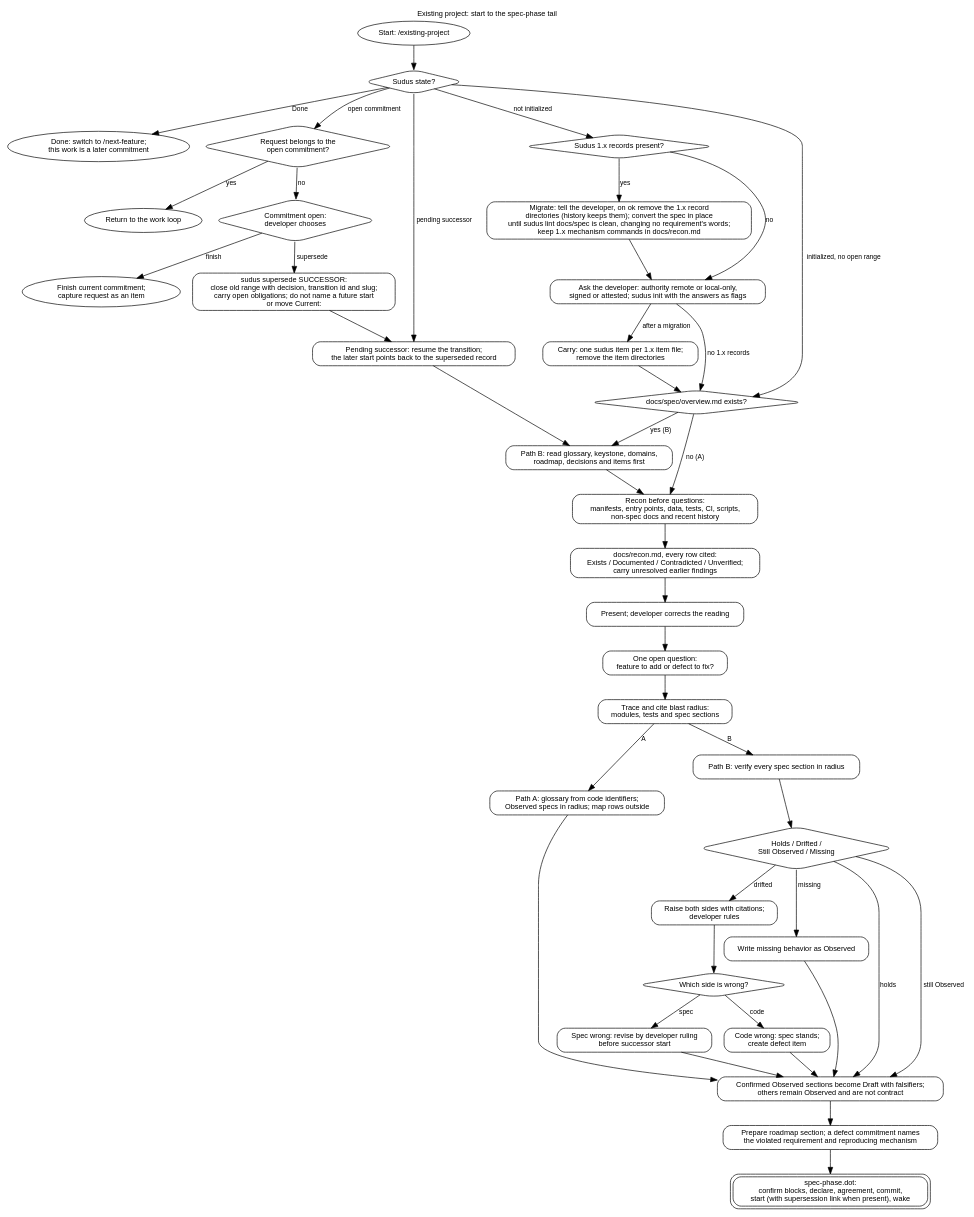
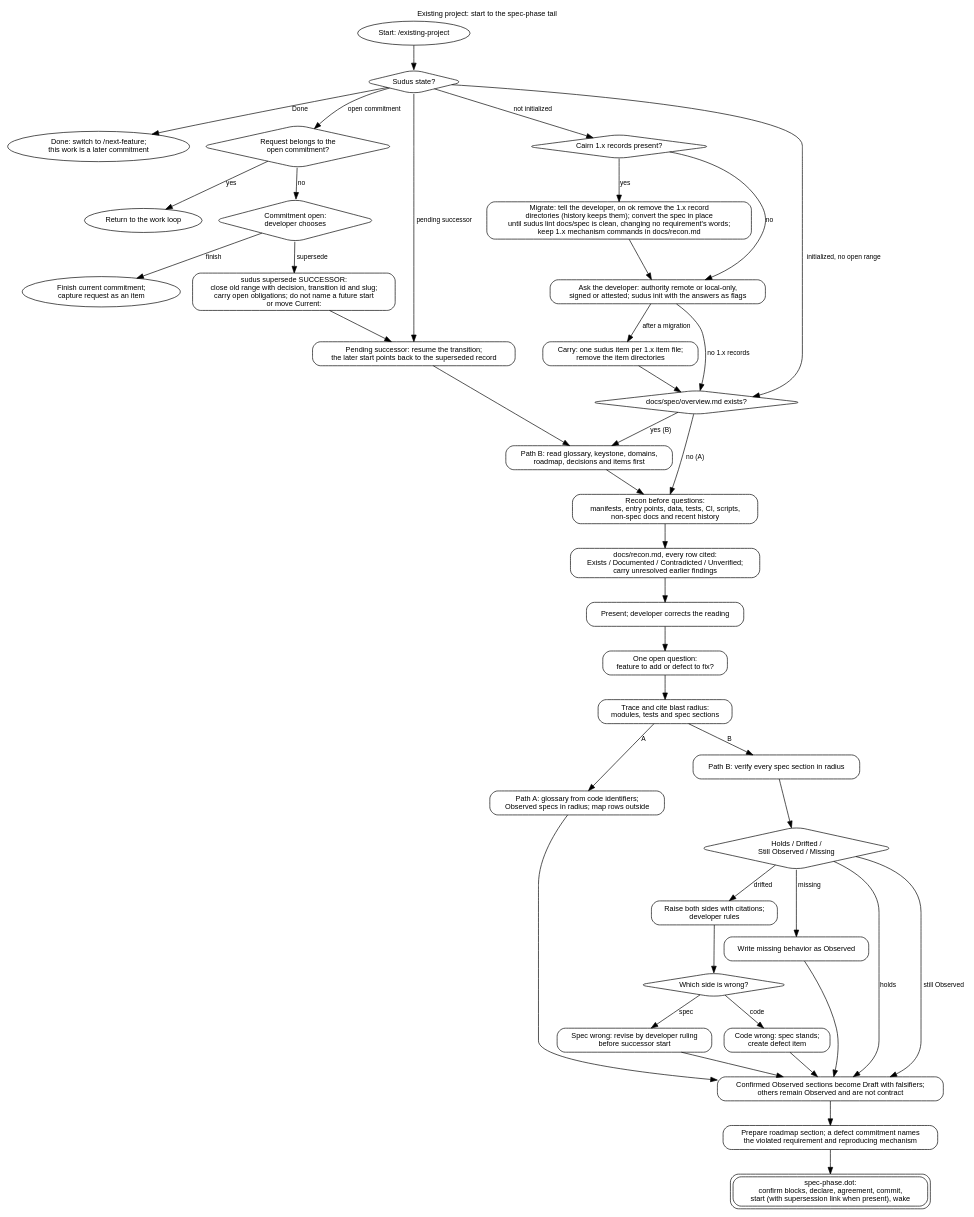
One commit to eas4ai/cairn changed the diagram in docs/diagrams/existing-project.dot. Above: the diagram before and after it, drawn with Graphviz. The commit also changed 23 other files, not shown here.

```diff
--- a/docs/diagrams/existing-project.dot
+++ b/docs/diagrams/existing-project.dot
@@ -1,75 +1,75 @@
 // Existing project: initialize or resume, reconcile the spec, then enter the shared tail.
 digraph existing_project {
   rankdir=TB;
   graph [fontname="Helvetica", fontsize=11, labelloc=t, label="Existing project: start to the spec-phase tail"];
   node  [shape=box, style=rounded, fontname="Helvetica", fontsize=11];
   edge  [fontname="Helvetica", fontsize=10];
 
   start [shape=oval, label="Start: /existing-project"];
   state [shape=diamond, label="Sudus state?"];
   tonext [shape=oval, label="Done: switch to /next-feature;\nthis work is a later commitment"];
   fits [shape=diamond, label="Request belongs to the\nopen commitment?"];
   continue [shape=oval, label="Return to the work loop"];
   midway [shape=diamond, label="Commitment open:\ndeveloper chooses"];
   finish [shape=oval, label="Finish current commitment;\ncapture request as an item"];
   supersede [label="sudus supersede SUCCESSOR:\nclose old range with decision, transition id and slug;\ncarry open obligations; do not name a future start\nor move Current:"];
   pending [label="Pending successor: resume the transition;\nthe later start points back to the superseded record"];
-  legacy [shape=diamond, label="Sudus 1.x records present?"];
+  legacy [shape=diamond, label="Cairn 1.x records present?"];
   migrate [label="Migrate: tell the developer, on ok remove the 1.x record\ndirectories (history keeps them); convert the spec in place\nuntil sudus lint docs/spec is clean, changing no requirement's words;\nkeep 1.x mechanism commands in docs/recon.md"];
   init [label="Ask the developer: authority remote or local-only,\nsigned or attested; sudus init with the answers as flags"];
   carry [label="Carry: one sudus item per 1.x item file;\nremove the item directories"];
   hasspec [shape=diamond, label="docs/spec/overview.md exists?"];
   readspec [label="Path B: read glossary, keystone, domains,\nroadmap, decisions and items first"];
   recon [label="Recon before questions:\nmanifests, entry points, data, tests, CI, scripts,\nnon-spec docs and recent history"];
   report [label="docs/recon.md, every row cited:\nExists / Documented / Contradicted / Unverified;\ncarry unresolved earlier findings"];
   corrects [label="Present; developer corrects the reading"];
   ask [label="One open question:\nfeature to add or defect to fix?"];
   radius [label="Trace and cite blast radius:\nmodules, tests and spec sections"];
   pathA [label="Path A: glossary from code identifiers;\nObserved specs in radius; map rows outside"];
   pathB [label="Path B: verify every spec section in radius"];
   verdict [shape=diamond, label="Holds / Drifted /\nStill Observed / Missing"];
   drift [label="Raise both sides with citations;\ndeveloper rules"];
   rule [shape=diamond, label="Which side is wrong?"];
   specwrong [label="Spec wrong: revise by developer ruling\nbefore successor start"];
   codewrong [label="Code wrong: spec stands;\ncreate defect item"];
   missing [label="Write missing behavior as Observed"];
   confirm [label="Confirmed Observed sections become Draft with falsifiers;\nothers remain Observed and are not contract"];
   roadmap [label="Prepare roadmap section; a defect commitment names\nthe violated requirement and reproducing mechanism"];
   tail [shape=box, peripheries=2, label="spec-phase.dot:\nconfirm blocks, declare, agreement, commit,\nstart (with supersession link when present), wake"];
 
   start -> state;
   state -> tonext [label="Done"];
   state -> fits [label="open commitment"];
   state -> pending [label="pending successor"];
   state -> legacy [label="not initialized"];
   legacy -> migrate [label="yes"];
   legacy -> init [label="no"];
   migrate -> init;
   init -> carry [label="after a migration"];
   carry -> hasspec;
   state -> hasspec [label="initialized, no open range"];
   fits -> continue [label="yes"];
   fits -> midway [label="no"];
   midway -> finish [label="finish"];
   midway -> supersede [label="supersede"];
   supersede -> pending;
   pending -> readspec;
   init -> hasspec [label="no 1.x records"];
   hasspec -> readspec [label="yes (B)"];
   hasspec -> recon [label="no (A)"];
   readspec -> recon;
   recon -> report -> corrects -> ask -> radius;
   radius -> pathA [label="A"];
   radius -> pathB [label="B"];
   pathB -> verdict;
   verdict -> confirm [label="holds"];
   verdict -> drift [label="drifted"];
   verdict -> confirm [label="still Observed"];
   verdict -> missing [label="missing"];
   drift -> rule;
   rule -> specwrong [label="spec"];
   rule -> codewrong [label="code"];
   specwrong -> confirm; codewrong -> confirm; missing -> confirm;
   pathA -> confirm;
   confirm -> roadmap -> tail;
 }
```
